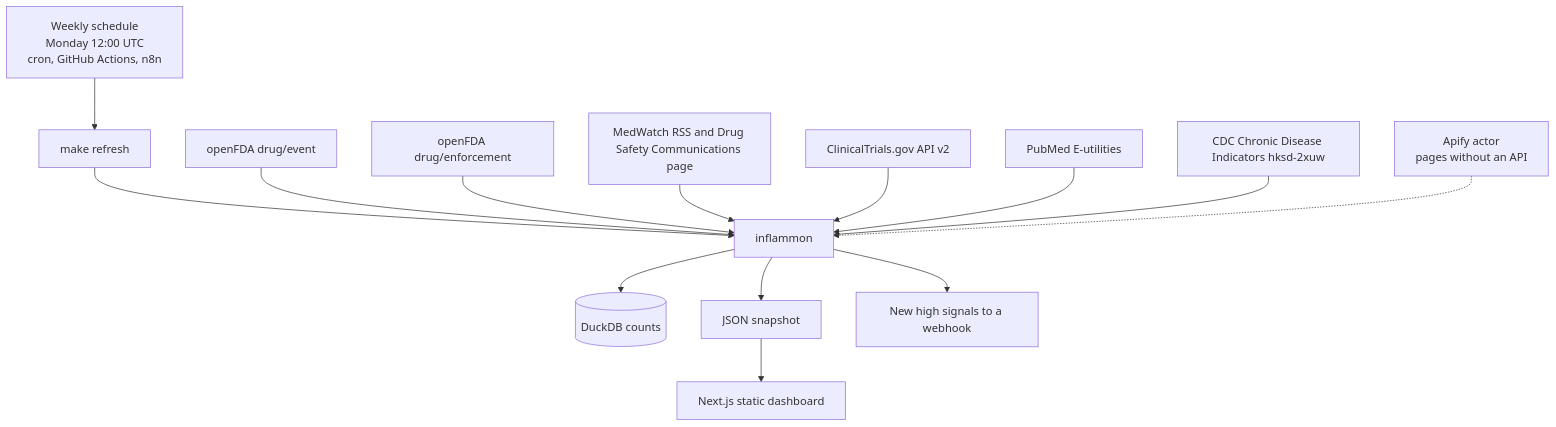
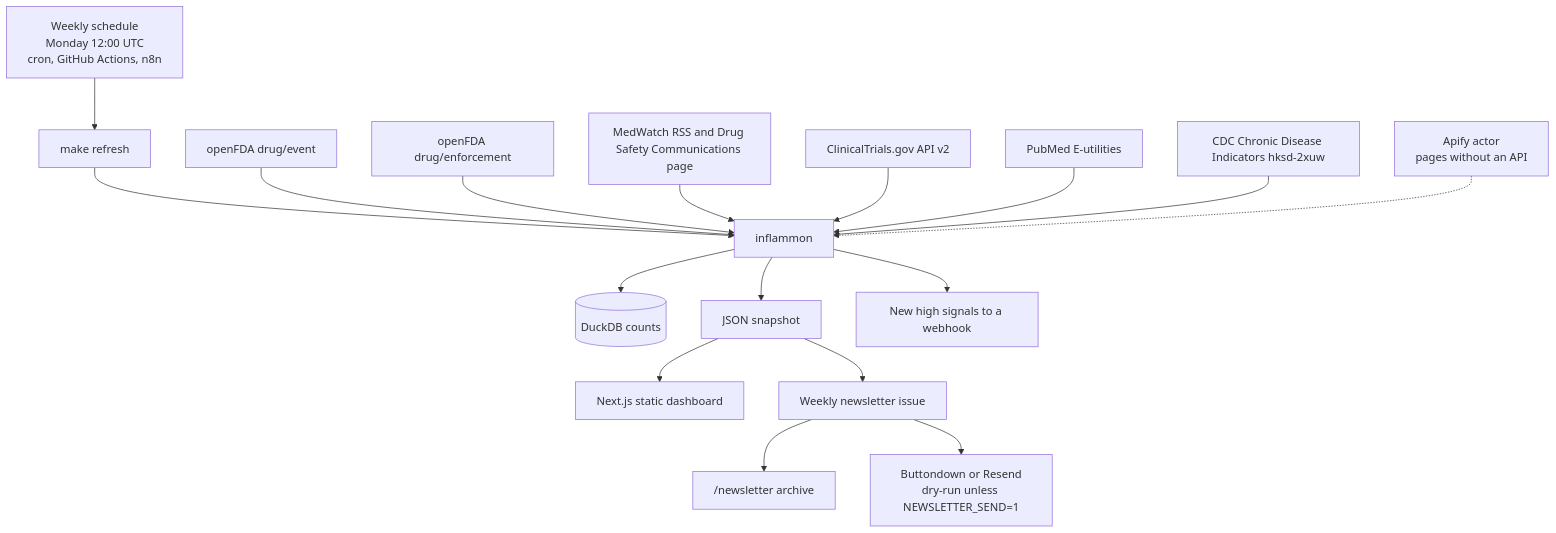
Before and after one commit to developer-rpai/open-health-signal: the diagram in README.md, drawn with Mermaid. The commit also changed other lines of this file and 36 other files, not shown here.

First line of the commit message:
Add a weekly newsletter archived from the snapshot diff.

````diff
--- a/README.md
+++ b/README.md
@@ -16,17 +16,20 @@
 ```mermaid
 flowchart TB
   cron["Weekly schedule<br/>Monday 12:00 UTC<br/>cron, GitHub Actions, n8n"]
   cron --> refresh["make refresh"]
   refresh --> py["inflammon"]
   faers["openFDA drug/event"] --> py
   enf["openFDA drug/enforcement"] --> py
   rss["MedWatch RSS and Drug Safety Communications page"] --> py
   ct["ClinicalTrials.gov API v2"] --> py
   pm["PubMed E-utilities"] --> py
   cdc["CDC Chronic Disease Indicators hksd-2xuw"] --> py
   actor["Apify actor<br/>pages without an API"] -.-> py
   py --> duck[("DuckDB counts")]
   py --> snap["JSON snapshot"]
   snap --> site["Next.js static dashboard"]
+  snap --> letter["Weekly newsletter issue"]
+  letter --> archive["/newsletter archive"]
+  letter --> provider["Buttondown or Resend<br/>dry-run unless NEWSLETTER_SEND=1"]
   py --> hook["New high signals to a webhook"]
 ```
````
